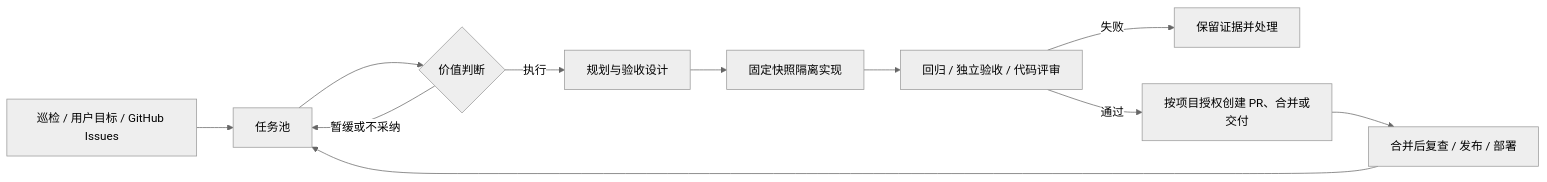
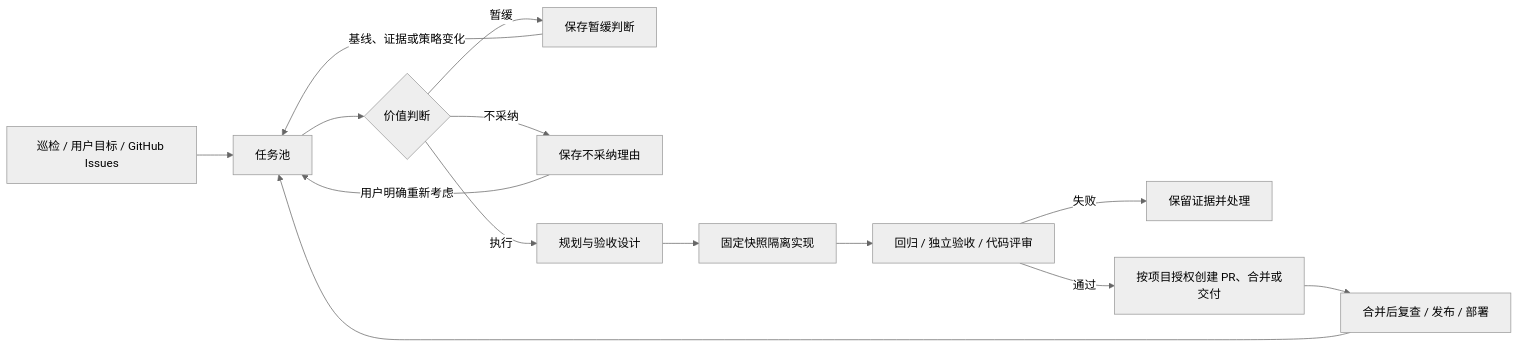
One commit to Haoog/Adaptive-RSI changed the diagram in README.md. Above: the diagram before and after it, drawn with Mermaid (neutral theme). The commit also changed 7 other files, not shown here.

````diff
--- a/README.md
+++ b/README.md
@@ -28,13 +28,16 @@
 ```mermaid
 flowchart LR
     A[巡检 / 用户目标 / GitHub Issues] --> B[任务池]
     B --> C{价值判断}
-    C -->|暂缓或不采纳| B
+    C -->|暂缓| Z[保存暂缓判断]
+    C -->|不采纳| Y[保存不采纳理由]
+    Z -->|基线、证据或策略变化| B
+    Y -->|用户明确重新考虑| B
     C -->|执行| D[规划与验收设计]
     D --> E[固定快照隔离实现]
     E --> F[回归 / 独立验收 / 代码评审]
     F -->|失败| G[保留证据并处理]
     F -->|通过| H[按项目授权创建 PR、合并或交付]
     H --> I[合并后复查 / 发布 / 部署]
     I --> B
 ```
````
